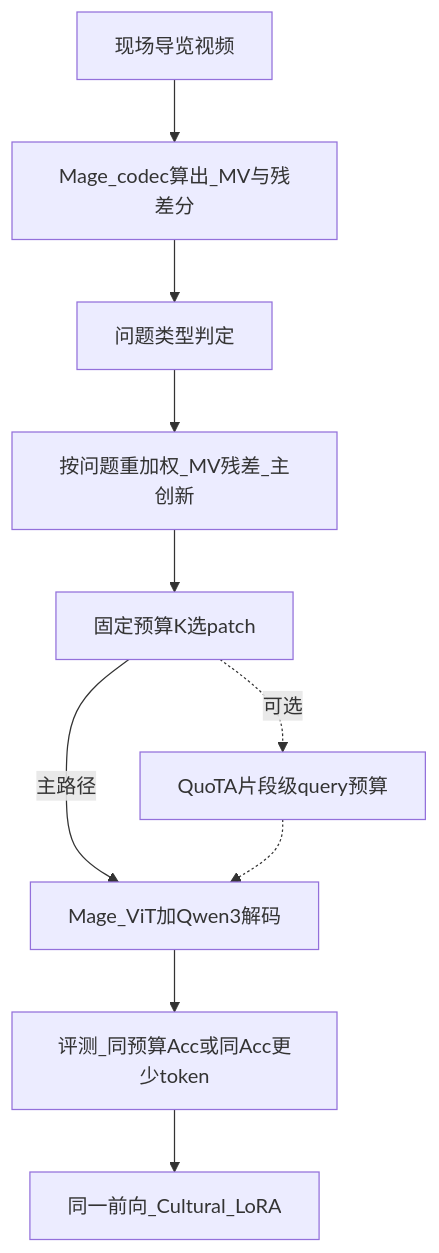
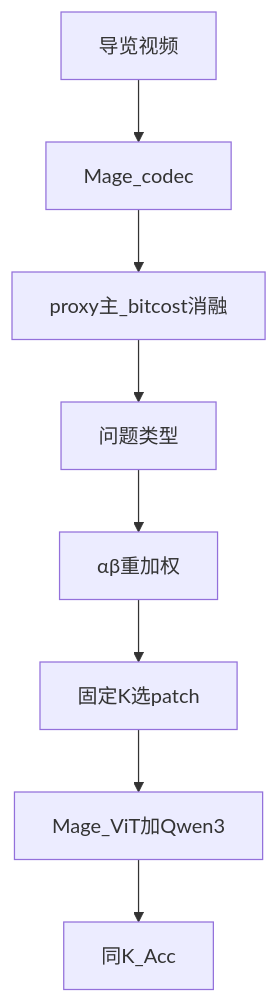
The diagram in docs/PLAN_mage_query_IP_select.md (aozi6666/Sparse-3DGS-heritage-VQA), drawn with Mermaid before and after one commit. The commit also changed other lines of this file and 51 other files, not shown here.

````diff
--- a/docs/PLAN_mage_query_IP_select.md
+++ b/docs/PLAN_mage_query_IP_select.md
@@ -111,12 +118,10 @@
 ```mermaid
 flowchart TD
-  Video[现场导览视频] --> Codec[Mage_codec算出_MV与残差分]
-  Codec --> QType[问题类型判定]
-  QType --> Reweight[按问题重加权_MV残差_主创新]
-  Reweight --> Select[固定预算K选patch]
-  Select -->|"主路径"| ViT[Mage_ViT加Qwen3解码]
-  Select -.->|"可选"| QuoTA[QuoTA片段级query预算]
-  QuoTA -.-> ViT
-  ViT --> Eval[评测_同预算Acc或同Acc更少token]
-  Eval --> LoRA[同一前向_Cultural_LoRA]
+  Video[导览视频] --> Codec[Mage_codec]
+  Codec --> Score[proxy主_bitcost消融]
+  Score --> QType[问题类型]
+  QType --> Reweight[αβ重加权]
+  Reweight --> Select[固定K选patch]
+  Select --> ViT[Mage_ViT加Qwen3]
+  ViT --> Eval[同K_Acc]
 ```
````
